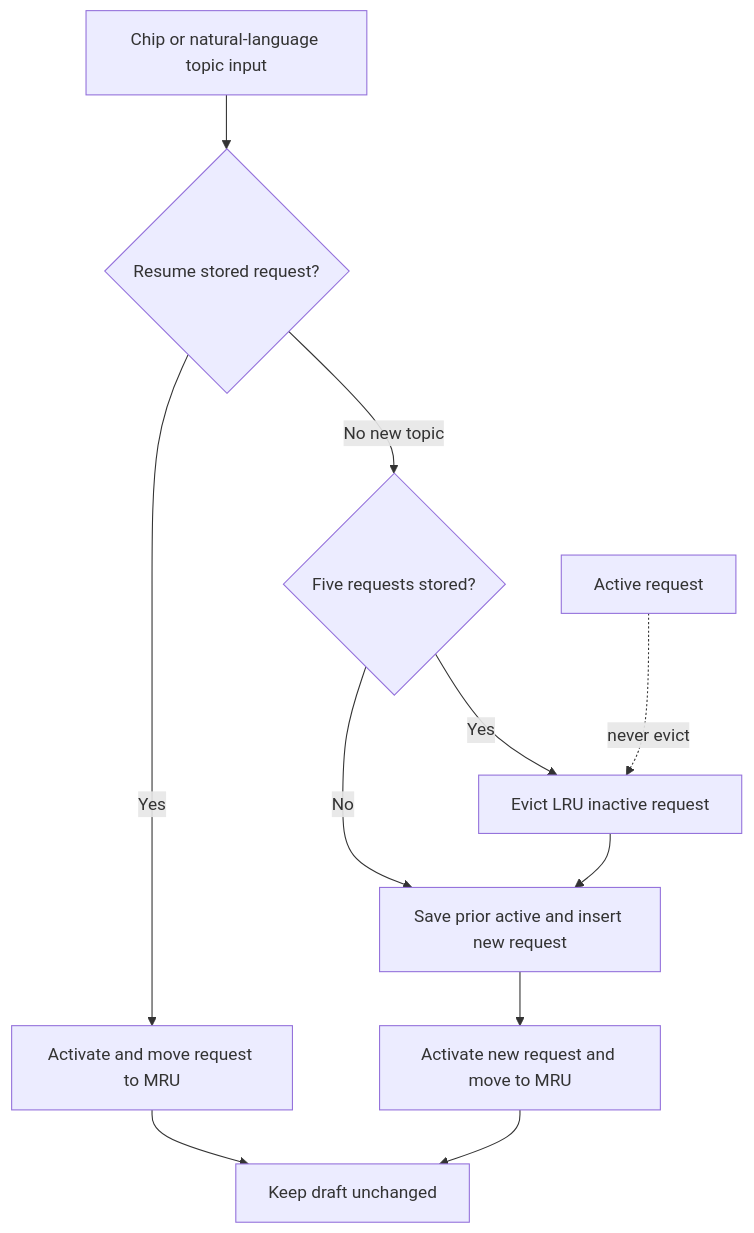
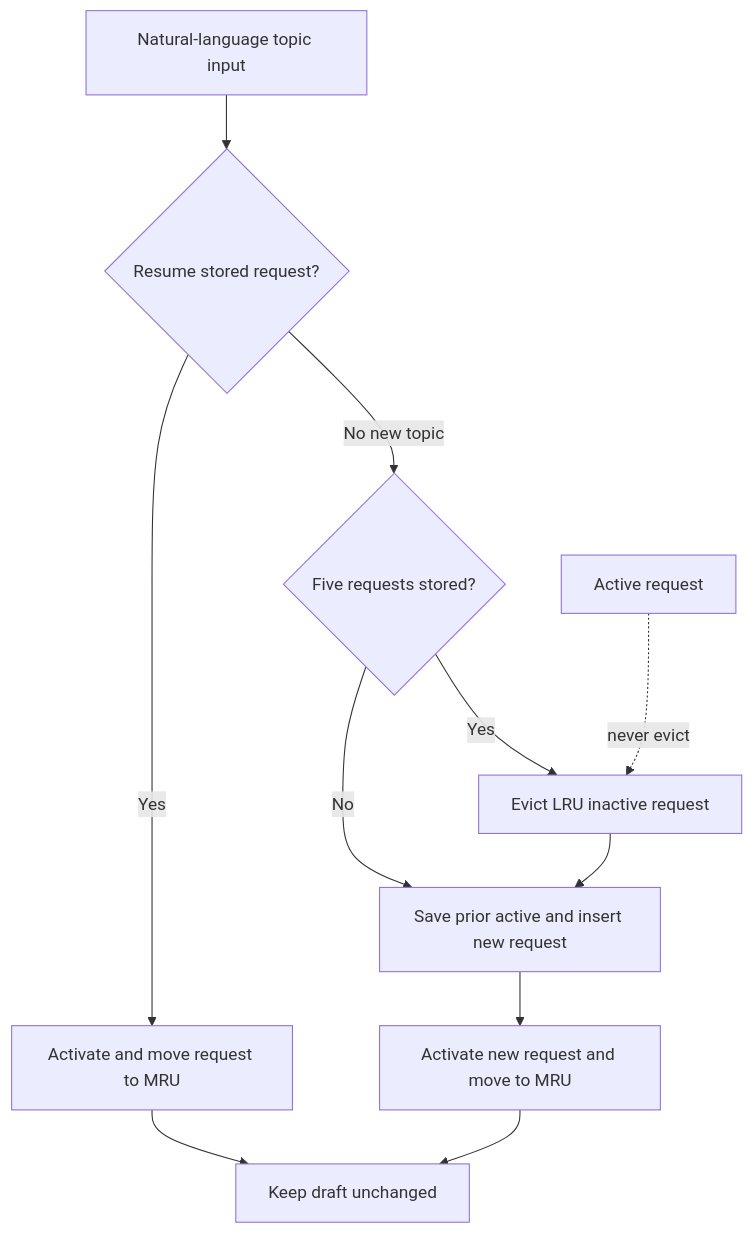
Before and after one commit to Lopez4163/medical_supply_ai_assistant-: the fourth of 5 diagrams in docs/02-conversation-flows.md, drawn with Mermaid. The commit also changed other lines of this file and 50 other files, not shown here.

````diff
--- a/docs/02-conversation-flows.md
+++ b/docs/02-conversation-flows.md
@@ -220,13 +220,13 @@
 ```mermaid
 flowchart TD
-    A[Chip or natural-language topic input] --> B{Resume stored request?}
+    A[Natural-language topic input] --> B{Resume stored request?}
     B -->|Yes| C[Activate and move request to MRU]
     B -->|No new topic| D{Five requests stored?}
     D -->|No| E[Save prior active and insert new request]
     D -->|Yes| F[Evict LRU inactive request]
     F --> E
     C --> G[Keep draft unchanged]
     E --> H[Activate new request and move to MRU]
     H --> G
     I[Active request] -. never evict .-> F
 ```
````
